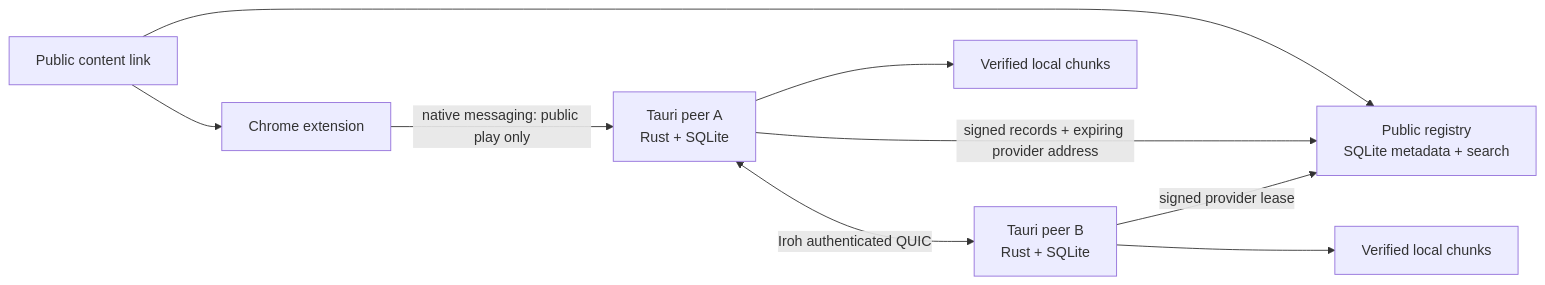
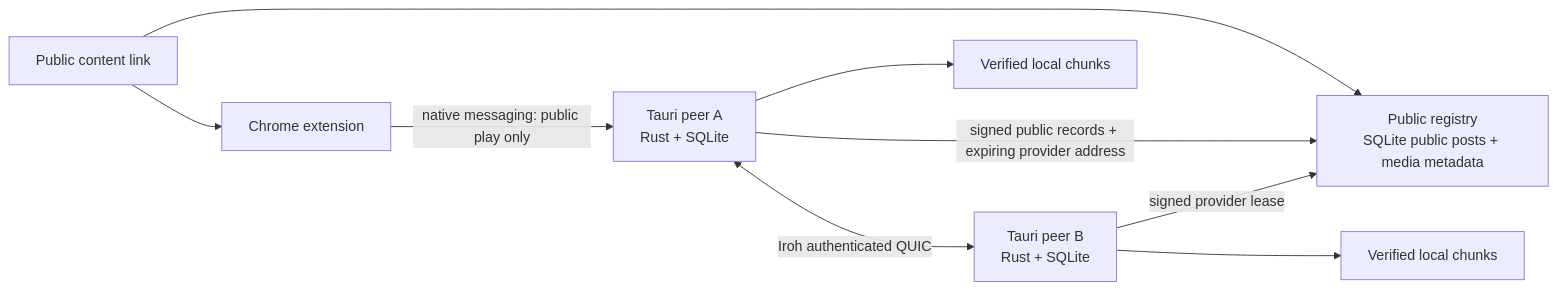
The diagram in experiments/community-network/README.md (crs48/xNet), drawn with Mermaid before and after one commit. The commit also changed other lines of this file and 21 other files, not shown here.

First line of the commit message:
feat(community): add music sharing and public posts

````diff
--- a/experiments/community-network/README.md
+++ b/experiments/community-network/README.md
@@ -69,11 +71,11 @@
 ```mermaid
 flowchart LR
-  Link[Public content link] --> Index[Public registry\nSQLite metadata + search]
+  Link[Public content link] --> Index[Public registry\nSQLite public posts + media metadata]
   Link --> Extension[Chrome extension]
   Extension -->|native messaging: public play only| A[Tauri peer A\nRust + SQLite]
   A <-->|Iroh authenticated QUIC| B[Tauri peer B\nRust + SQLite]
-  A -->|signed records + expiring provider address| Index
+  A -->|signed public records + expiring provider address| Index
   B -->|signed provider lease| Index
   A --> CacheA[Verified local chunks]
   B --> CacheB[Verified local chunks]
 ```
````
